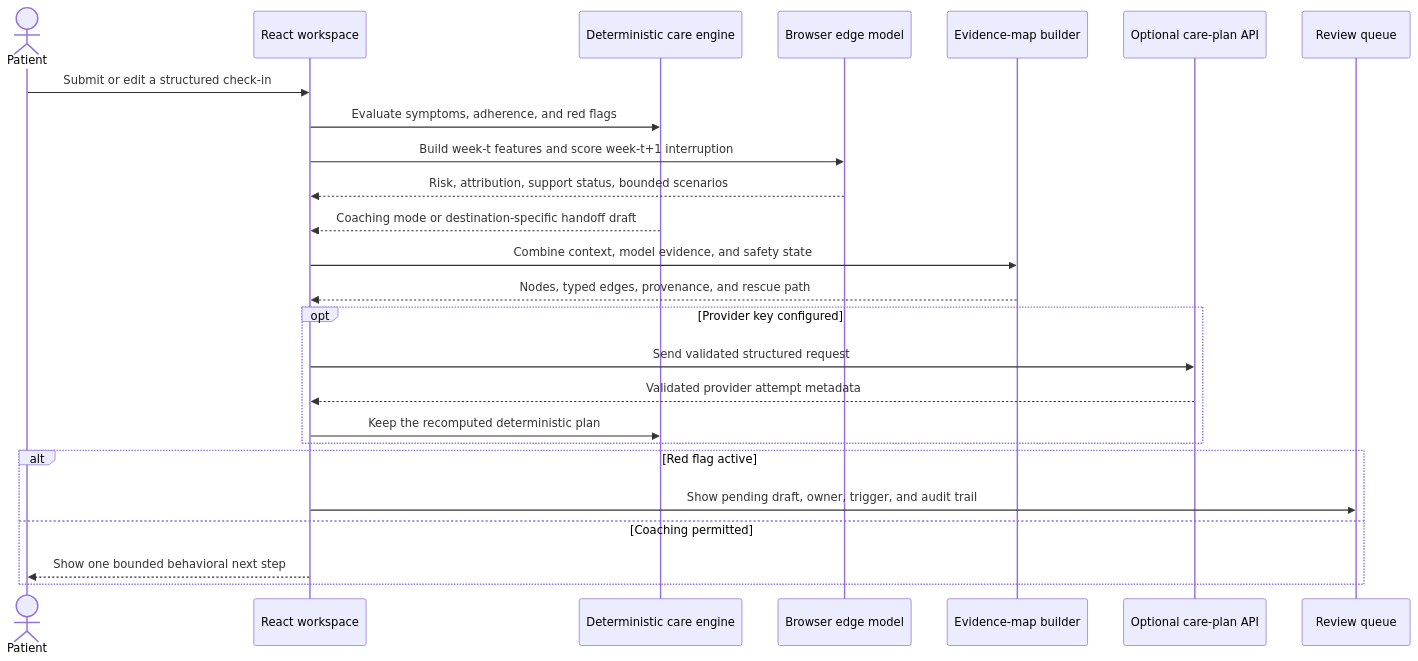
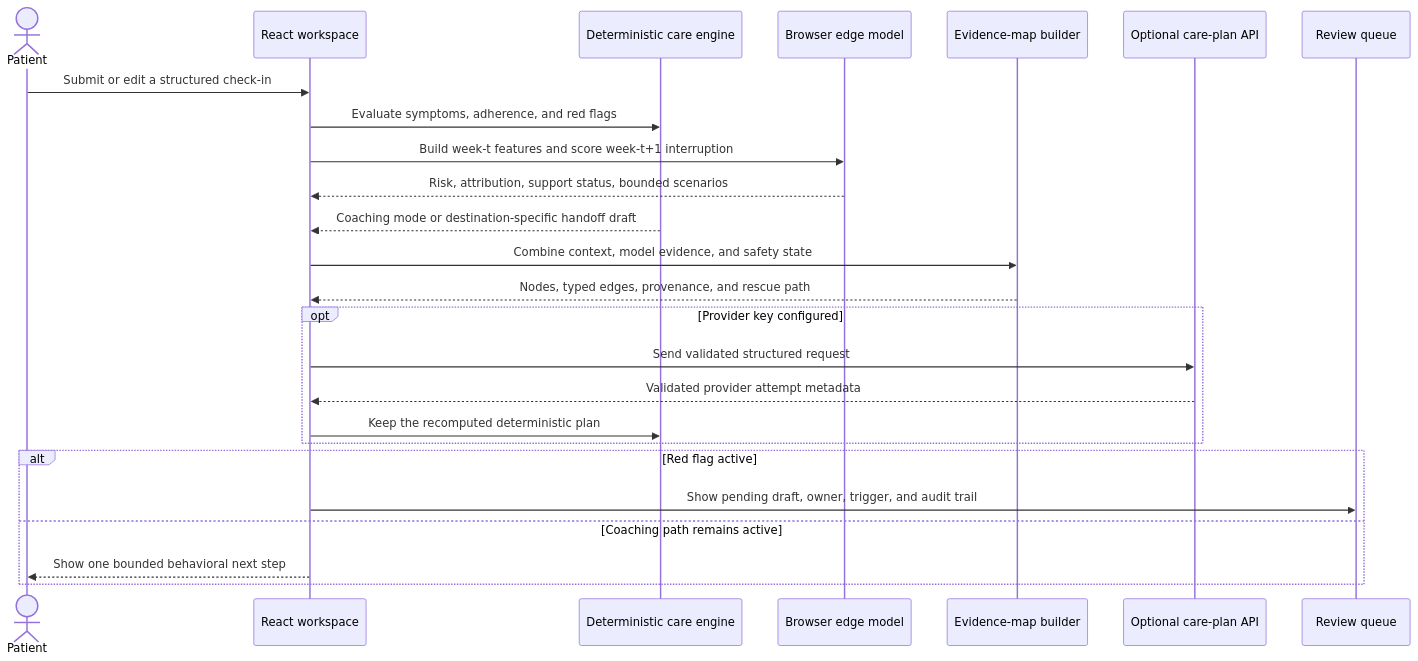
The second of 2 diagrams in docs/architecture.md (kevinmeix1/adherence-os), drawn with Mermaid before and after one commit. The commit also changed 12 other files, not shown here.

````diff
--- a/docs/architecture.md
+++ b/docs/architecture.md
@@ -56,28 +56,28 @@
 ```mermaid
 sequenceDiagram
     actor Patient
     participant UI as React workspace
     participant Rules as Deterministic care engine
     participant ML as Browser edge model
     participant Graph as Evidence-map builder
     participant API as Optional care-plan API
     participant Clinician as Review queue
 
     Patient->>UI: Submit or edit a structured check-in
     UI->>Rules: Evaluate symptoms, adherence, and red flags
     UI->>ML: Build week-t features and score week-t+1 interruption
     ML-->>UI: Risk, attribution, support status, bounded scenarios
     Rules-->>UI: Coaching mode or destination-specific handoff draft
     UI->>Graph: Combine context, model evidence, and safety state
     Graph-->>UI: Nodes, typed edges, provenance, and rescue path
     opt Provider key configured
         UI->>API: Send validated structured request
         API-->>UI: Validated provider attempt metadata
         UI->>Rules: Keep the recomputed deterministic plan
     end
     alt Red flag active
         UI->>Clinician: Show pending draft, owner, trigger, and audit trail
-    else Coaching permitted
+    else Coaching path remains active
         UI-->>Patient: Show one bounded behavioral next step
     end
 ```
````
